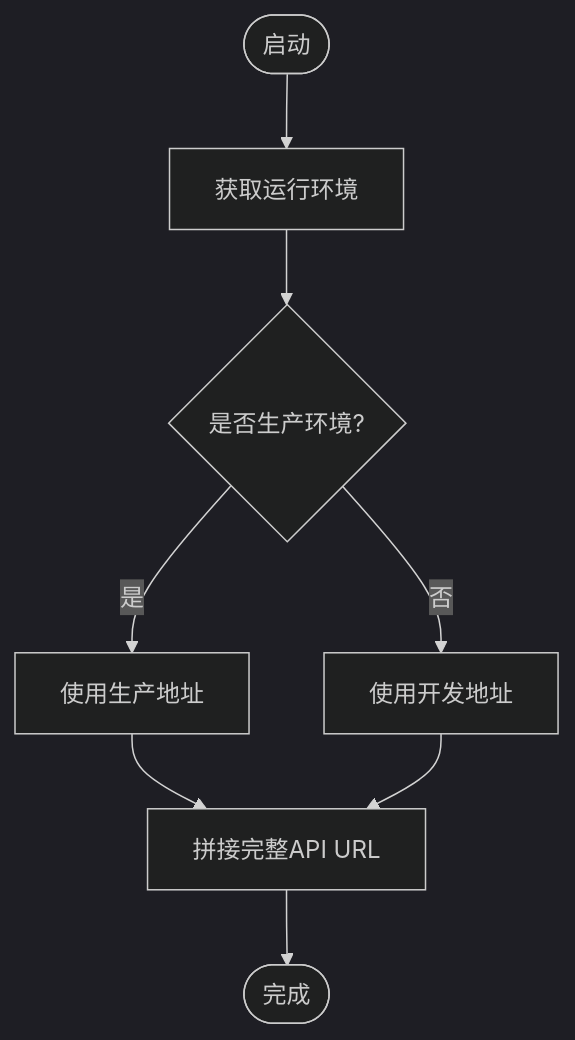
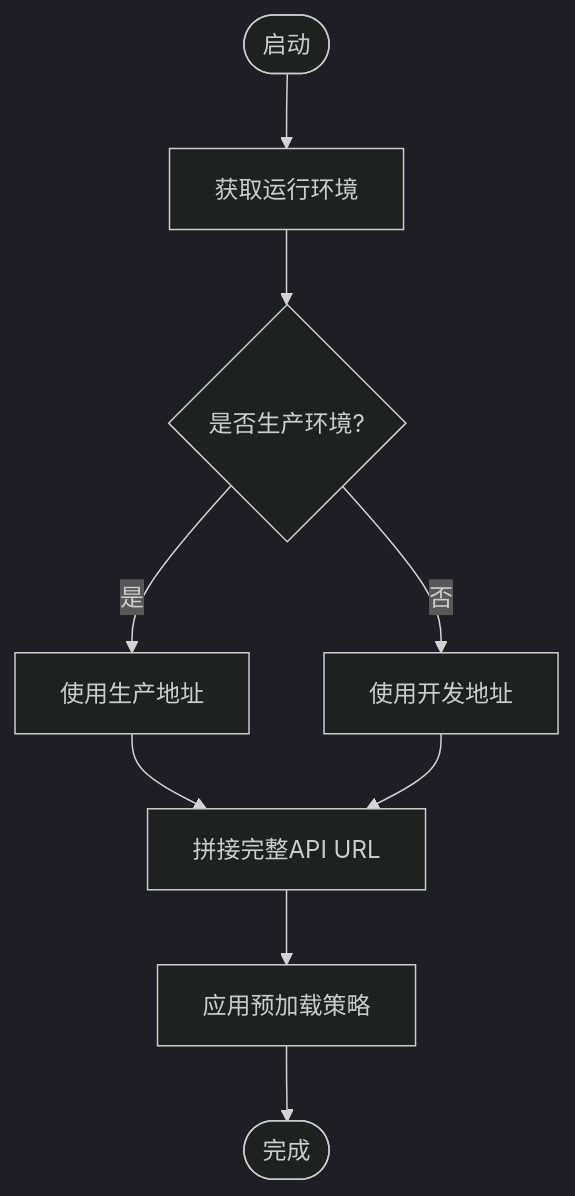
One commit to guyuefangyuanl/Over-the-counter-options changed the fourth of 10 diagrams in .qoder/repowiki/zh/content/系统架构设计/前端架构设计/微信小程序架构/微信小程序架构.md. Above: the diagram before and after it, drawn with Mermaid (dark theme). The commit also changed other lines of this file and 29 other files, not shown here.

````diff
--- a/.qoder/repowiki/zh/content/系统架构设计/前端架构设计/微信小程序架构/微信小程序架构.md
+++ b/.qoder/repowiki/zh/content/系统架构设计/前端架构设计/微信小程序架构/微信小程序架构.md
@@ -173,10 +221,11 @@
 ```mermaid
 flowchart TD
 Start(["启动"]) --> GetEnv["获取运行环境"]
 GetEnv --> IsProd{"是否生产环境?"}
 IsProd --> |是| UseProd["使用生产地址"]
 IsProd --> |否| UseDev["使用开发地址"]
 UseProd --> BuildUrl["拼接完整API URL"]
 UseDev --> BuildUrl
-BuildUrl --> End(["完成"])
+BuildUrl --> Preload["应用预加载策略"]
+Preload --> End(["完成"])
 ```
````
